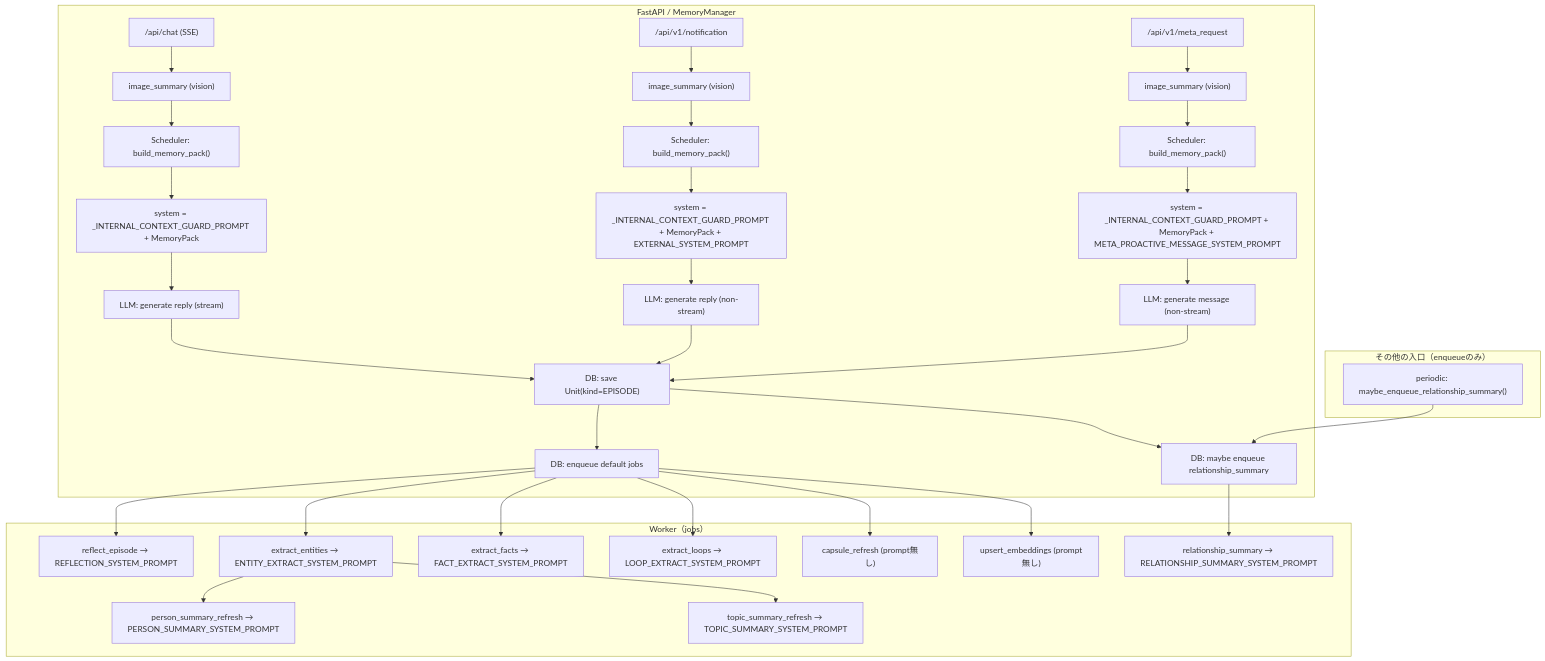
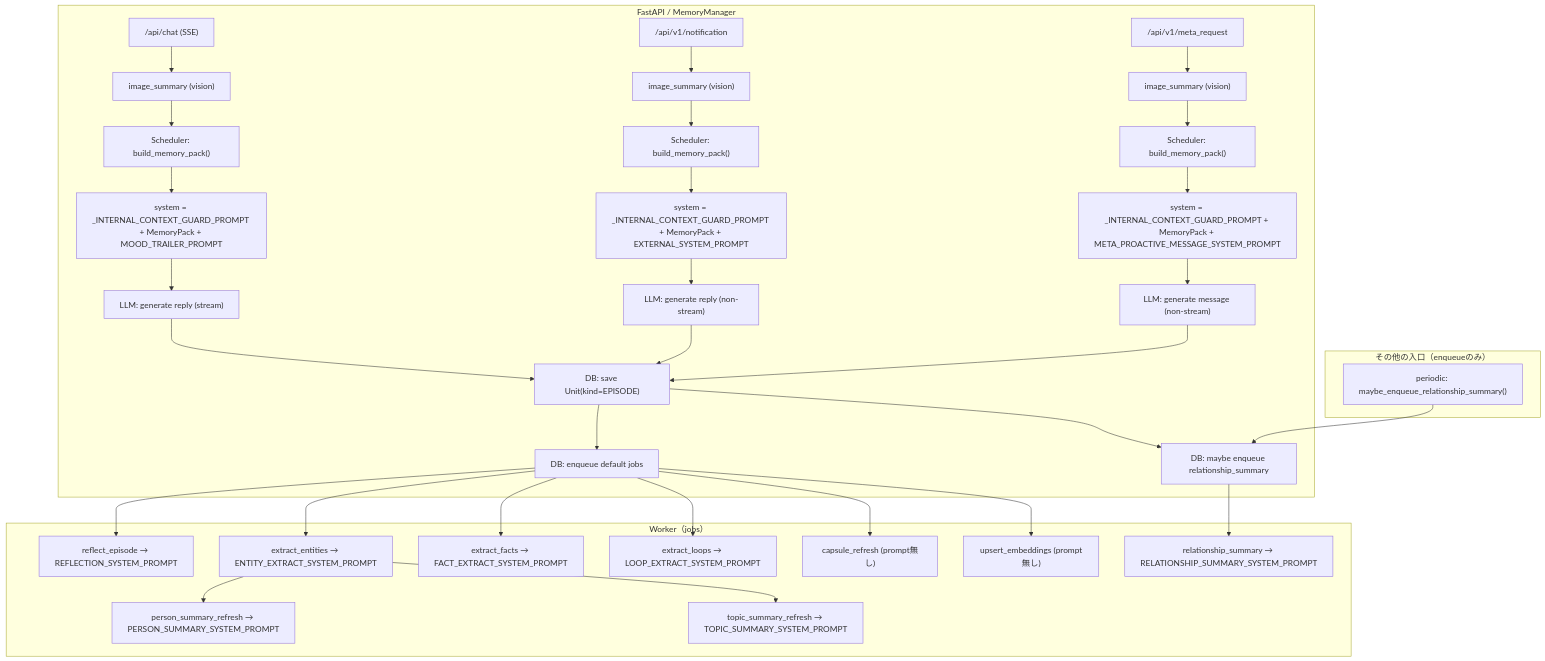
Before and after one commit to hirona98/cocoro_ghost: the first of 4 diagrams in docs/prompt_usage_map.md, drawn with Mermaid. The commit also changed other lines of this file and 13 other files, not shown here.

````diff
--- a/docs/prompt_usage_map.md
+++ b/docs/prompt_usage_map.md
@@ -30,43 +31,43 @@
 ```mermaid
 flowchart TD
   subgraph API["FastAPI / MemoryManager"]
     CHAT["/api/chat (SSE)"] --> IMGC["image_summary (vision)"]
     NOTIF["/api/v1/notification"] --> IMGN["image_summary (vision)"]
     META["/api/v1/meta_request"] --> IMGM["image_summary (vision)"]
 
     IMGC --> PACK["Scheduler: build_memory_pack()"]
     IMGN --> PACKN["Scheduler: build_memory_pack()"]
     IMGM --> PACKM["Scheduler: build_memory_pack()"]
 
-    PACK --> SYS_CHAT["system = _INTERNAL_CONTEXT_GUARD_PROMPT + MemoryPack"]
+    PACK --> SYS_CHAT["system = _INTERNAL_CONTEXT_GUARD_PROMPT + MemoryPack + MOOD_TRAILER_PROMPT"]
     PACKN --> SYS_NOTIF["system = _INTERNAL_CONTEXT_GUARD_PROMPT + MemoryPack + EXTERNAL_SYSTEM_PROMPT"]
     PACKM --> SYS_META["system = _INTERNAL_CONTEXT_GUARD_PROMPT + MemoryPack + META_PROACTIVE_MESSAGE_SYSTEM_PROMPT"]
 
     SYS_CHAT --> LLM_CHAT["LLM: generate reply (stream)"]
     SYS_NOTIF --> LLM_NOTIF["LLM: generate reply (non-stream)"]
     SYS_META --> LLM_META["LLM: generate message (non-stream)"]
 
     LLM_CHAT --> SAVE_EP["DB: save Unit(kind=EPISODE)"]
     LLM_NOTIF --> SAVE_EP
     LLM_META --> SAVE_EP
 
     SAVE_EP --> ENQ["DB: enqueue default jobs"]
     SAVE_EP --> ENQW_MAYBE["DB: maybe enqueue relationship_summary"]
   end
 
   subgraph WORKER["Worker（jobs）"]
     ENQ --> REFLECT["reflect_episode → REFLECTION_SYSTEM_PROMPT"]
     ENQ --> ENT["extract_entities → ENTITY_EXTRACT_SYSTEM_PROMPT"]
     ENQ --> FACT["extract_facts → FACT_EXTRACT_SYSTEM_PROMPT"]
     ENQ --> LOOP["extract_loops → LOOP_EXTRACT_SYSTEM_PROMPT"]
     ENQ --> CAPR["capsule_refresh (prompt無し)"]
     ENQ --> EMB["upsert_embeddings (prompt無し)"]
     ENT --> PERS["person_summary_refresh → PERSON_SUMMARY_SYSTEM_PROMPT"]
     ENT --> TOP["topic_summary_refresh → TOPIC_SUMMARY_SYSTEM_PROMPT"]
     ENQW_MAYBE --> WEEK["relationship_summary → RELATIONSHIP_SUMMARY_SYSTEM_PROMPT"]
   end
 
   subgraph OTHER["その他の入口（enqueueのみ）"]
     PERIODIC["periodic: maybe_enqueue_relationship_summary()"] --> ENQW_MAYBE
   end
 ```
````
